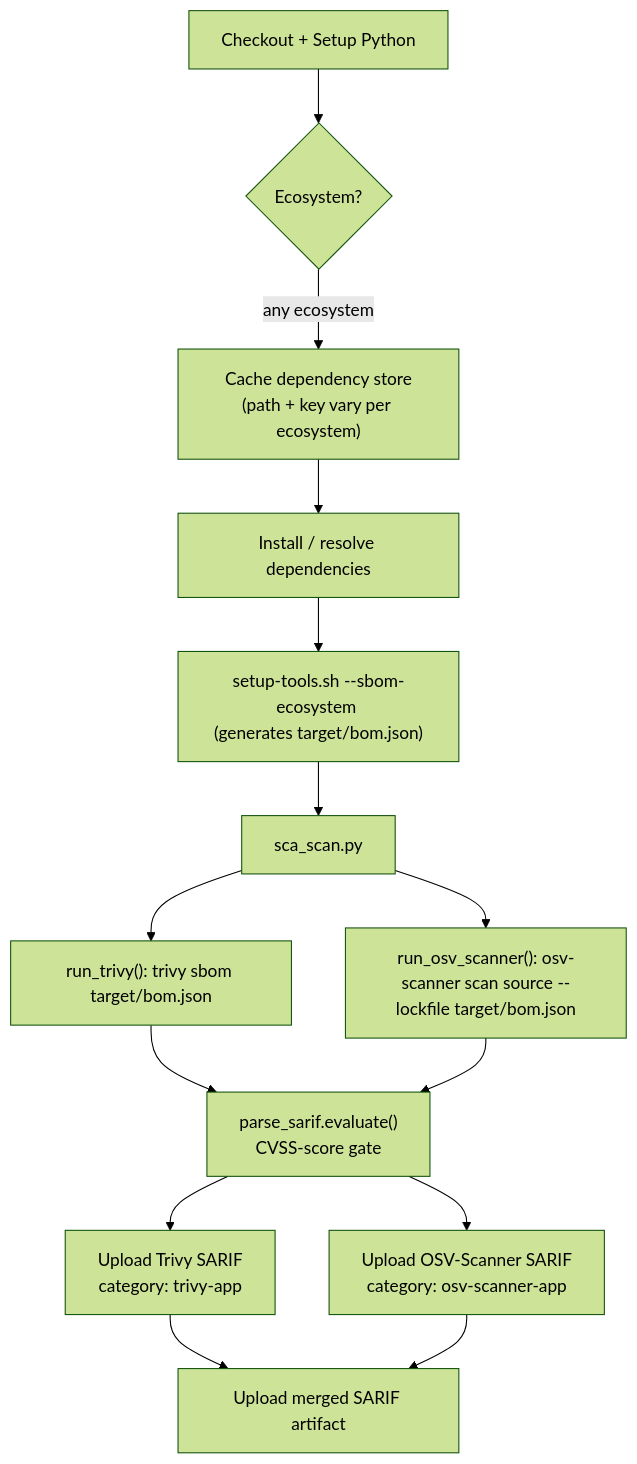
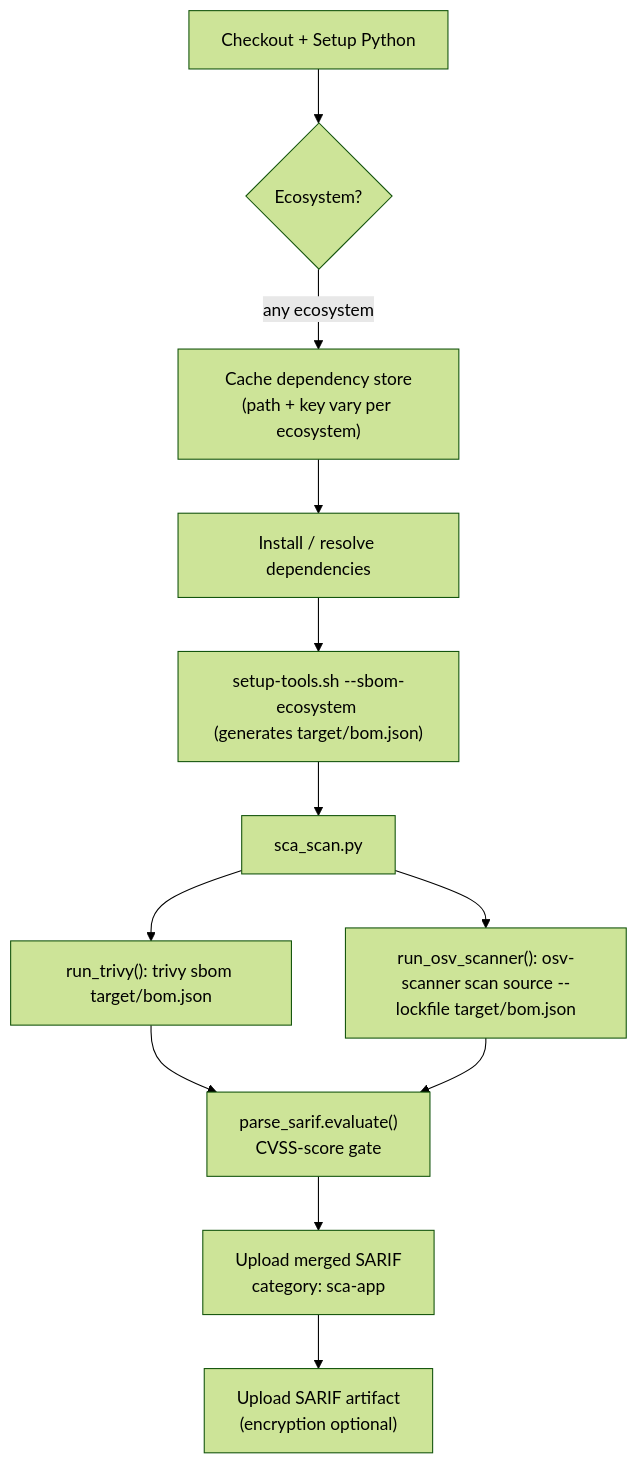
One commit to moghit-eou/EBRAINS-DevSecOps-handbook changed the diagram in reference/pipeline-sca.md. Above: the diagram before and after it, drawn with Mermaid (forest theme). The commit also changed other lines of this file and 17 other files, not shown here.

````diff
--- a/reference/pipeline-sca.md
+++ b/reference/pipeline-sca.md
@@ -15,16 +15,14 @@
 ```mermaid
 flowchart TD
     A["Checkout + Setup Python"] --> B{"Ecosystem?"}
     B -->|any ecosystem| C1["Cache dependency store\n(path + key vary per ecosystem)"]
     C1 --> C2["Install / resolve dependencies"]
     C2 --> C3["setup-tools.sh --sbom-ecosystem <ecosystem>\n(generates target/bom.json)"]
     C3 --> E["sca_scan.py"]
     E --> F["run_trivy(): trivy sbom target/bom.json"]
     E --> G["run_osv_scanner(): osv-scanner scan source --lockfile target/bom.json"]
     F --> H["parse_sarif.evaluate()\nCVSS-score gate"]
     G --> H
-    H --> I["Upload Trivy SARIF\ncategory: trivy-app"]
-    H --> J["Upload OSV-Scanner SARIF\ncategory: osv-scanner-app"]
-    I --> K["Upload merged SARIF artifact"]
-    J --> K
+    H --> I["Upload merged SARIF\ncategory: sca-app"]
+    I --> K["Upload SARIF artifact\n(encryption optional)"]
 ```
````
